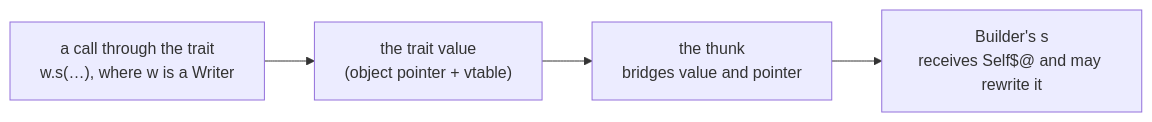
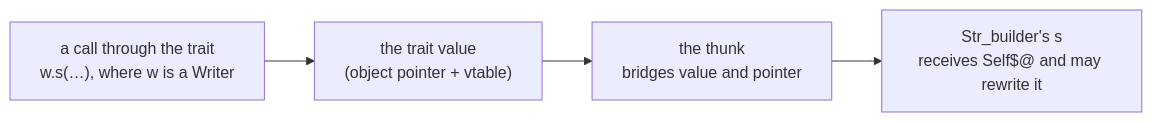
The first of 4 diagrams in docs/DESIGN-programming-language.md (kansosystem-org/kspl-experimental), drawn with Mermaid before and after one commit. The commit also changed other lines of this file and 310 other files, not shown here.

````diff
--- a/docs/DESIGN-programming-language.md
+++ b/docs/DESIGN-programming-language.md
@@ -548,6 +551,6 @@
 ```mermaid
 flowchart LR
     C["a call through the trait<br/>w.s(…), where w is a Writer"] --> V["the trait value<br/>(object pointer + vtable)"]
     V --> T["the thunk<br/>bridges value and pointer"]
-    T --> I["Builder's s<br/>receives Self$@ and may rewrite it"]
+    T --> I["Str_builder's s<br/>receives Self$@ and may rewrite it"]
 ```
````
